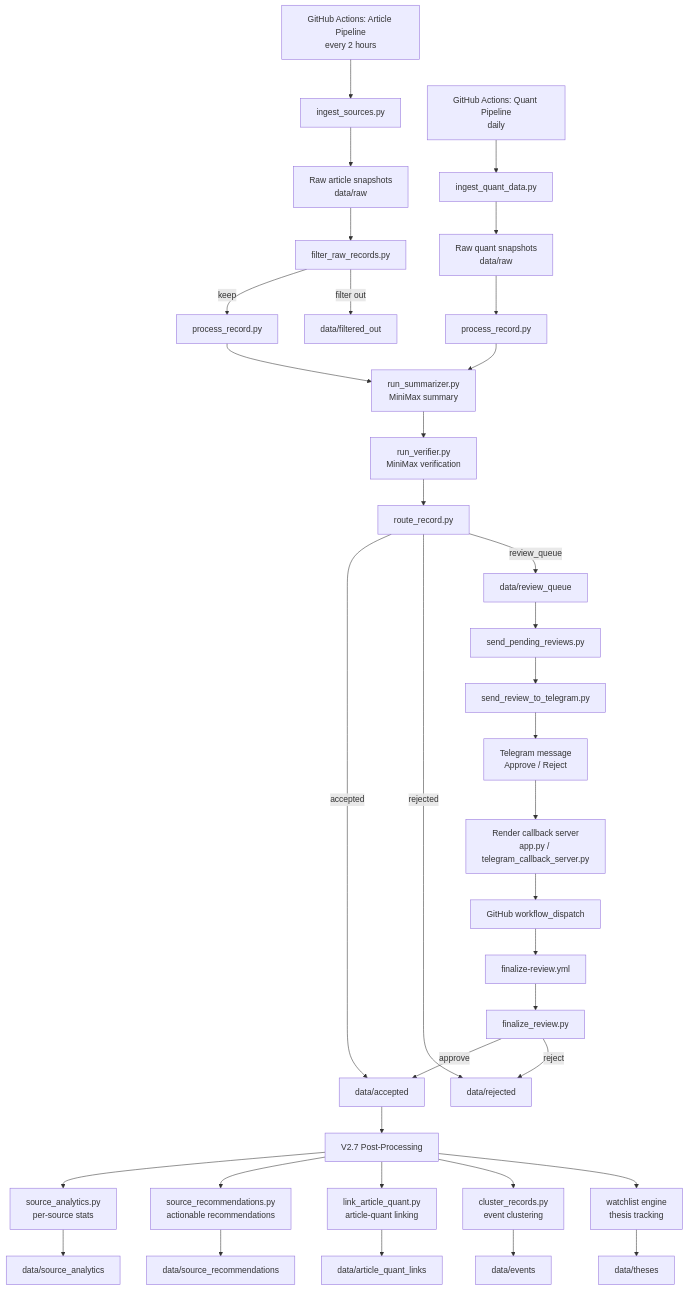
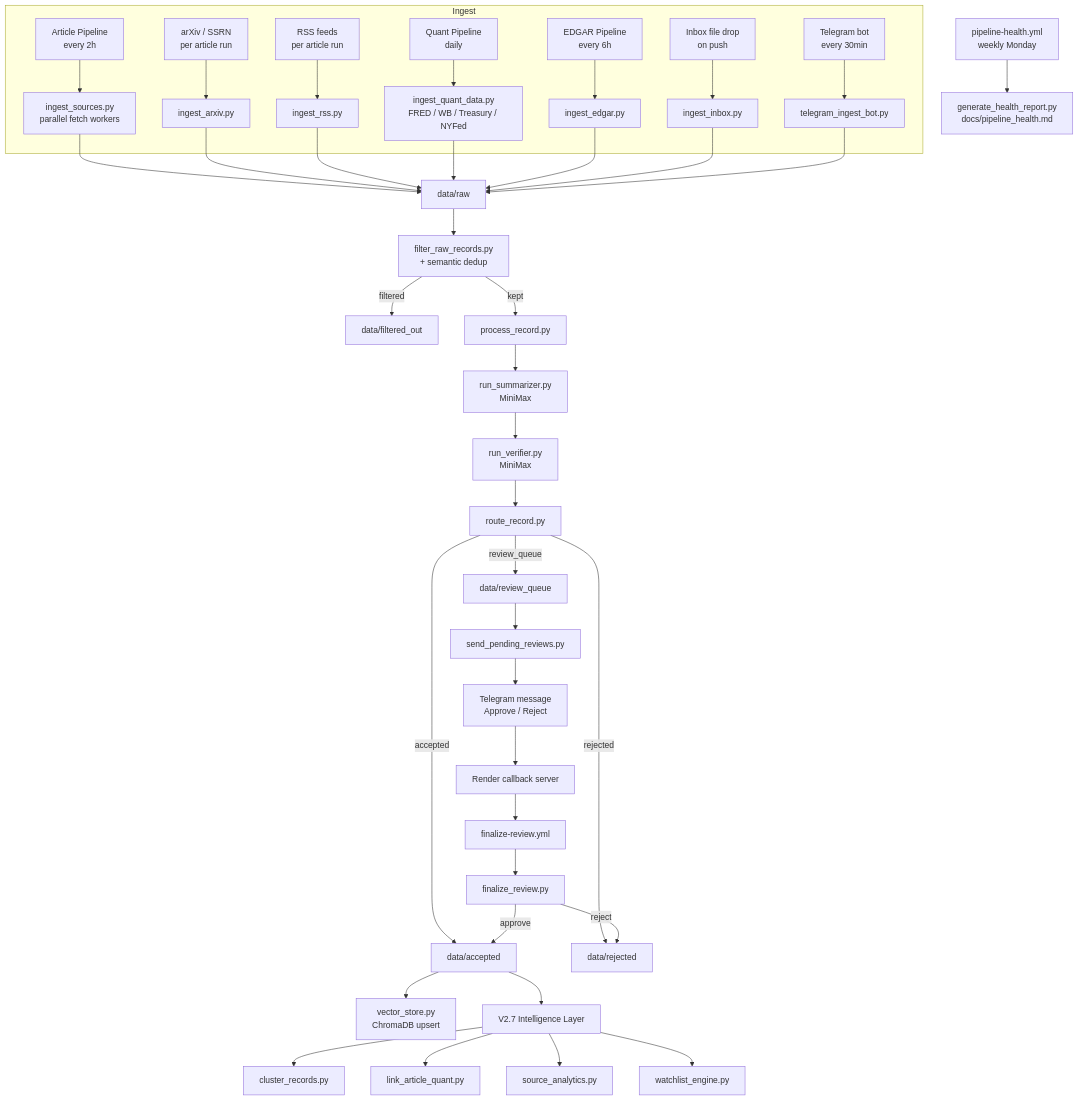
One commit to RishiJain905/Finance-Research-Archive changed the first of 16 diagrams in README.md. Above: the diagram before and after it, drawn with Mermaid. The commit also changed other lines of this file, not shown here.

First line of the commit message:
docs: update README for all 10 V3 phases complete with new mermaid diagrams

````diff
--- a/README.md
+++ b/README.md
@@ -70,48 +86,47 @@
 ```mermaid
 flowchart TD
-    A[GitHub Actions: Article Pipeline<br/>every 2 hours] --> B[ingest_sources.py]
-    Q[GitHub Actions: Quant Pipeline<br/>daily] --> R[ingest_quant_data.py]
+    subgraph Ingest
+        A1[Article Pipeline<br/>every 2h] --> B1[ingest_sources.py<br/>parallel fetch workers]
+        A2[Quant Pipeline<br/>daily] --> B2[ingest_quant_data.py<br/>FRED / WB / Treasury / NYFed]
+        A3[EDGAR Pipeline<br/>every 6h] --> B3[ingest_edgar.py]
+        A4[arXiv / SSRN<br/>per article run] --> B4[ingest_arxiv.py]
+        A5[Inbox file drop<br/>on push] --> B5[ingest_inbox.py]
+        A6[Telegram bot<br/>every 30min] --> B6[telegram_ingest_bot.py]
+        A7[RSS feeds<br/>per article run] --> B7[ingest_rss.py]
+    end
 
-    B --> C[Raw article snapshots<br/>data/raw]
-    R --> S[Raw quant snapshots<br/>data/raw]
+    B1 & B4 & B7 --> RAW[data/raw]
+    B2 --> RAW
+    B3 --> RAW
+    B5 & B6 --> RAW
 
-    C --> D[filter_raw_records.py]
-    S --> T[process_record.py]
+    RAW --> F[filter_raw_records.py<br/>+ semantic dedup]
+    F -->|filtered| FO[data/filtered_out]
+    F -->|kept| P[process_record.py]
 
-    D -->|keep| E[process_record.py]
-    D -->|filter out| F[data/filtered_out]
+    P --> S[run_summarizer.py<br/>MiniMax]
+    S --> V[run_verifier.py<br/>MiniMax]
+    V --> R[route_record.py]
 
-    E --> G[run_summarizer.py<br/>MiniMax summary]
-    T --> G
-    G --> H[run_verifier.py<br/>MiniMax verification]
-    H --> I[route_record.py]
+    R -->|accepted| ACC[data/accepted]
+    R -->|rejected| REJ[data/rejected]
+    R -->|review_queue| RQ[data/review_queue]
 
-    I -->|accepted| J[data/accepted]
-    I -->|rejected| K[data/rejected]
-    I -->|review_queue| L[data/review_queue]
+    ACC --> VS[vector_store.py<br/>ChromaDB upsert]
 
-    L --> M[send_pending_reviews.py]
-    M --> N[send_review_to_telegram.py]
-    N --> O[Telegram message<br/>Approve / Reject]
+    RQ --> TG[send_pending_reviews.py]
+    TG --> TM[Telegram message<br/>Approve / Reject]
+    TM --> CB[Render callback server]
+    CB --> GH[finalize-review.yml]
+    GH --> FIN[finalize_review.py]
+    FIN -->|approve| ACC
+    FIN -->|reject| REJ
 
-    O --> P[Render callback server<br/>app.py / telegram_callback_server.py]
-    P --> X[GitHub workflow_dispatch]
-    X --> Y[finalize-review.yml]
-    Y --> Z[finalize_review.py]
+    ACC --> INT[V2.7 Intelligence Layer]
+    INT --> EC[cluster_records.py]
+    INT --> AQL[link_article_quant.py]
+    INT --> SA[source_analytics.py]
+    INT --> WL[watchlist_engine.py]
 
-    Z -->|approve| J
-    Z -->|reject| K
-
-    J --> AA[V2.7 Post-Processing]
-    AA --> AB[source_analytics.py<br/>per-source stats]
-    AA --> AC[source_recommendations.py<br/>actionable recommendations]
-    AA --> AD[link_article_quant.py<br/>article-quant linking]
-    AA --> AE[cluster_records.py<br/>event clustering]
-    AA --> AF[watchlist engine<br/>thesis tracking]
-
-    AB --> AG[data/source_analytics]
-    AC --> AH[data/source_recommendations]
-    AD --> AI[data/article_quant_links]
-    AE --> AJ[data/events]
-    AF --> AK[data/theses]
+    HEALTH[pipeline-health.yml<br/>weekly Monday] --> HR[generate_health_report.py<br/>docs/pipeline_health.md]
 ```
````
